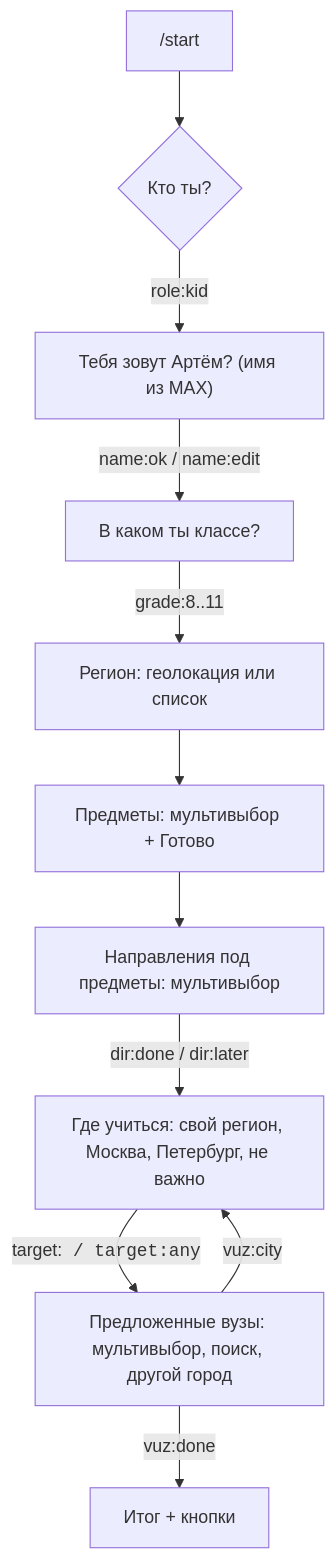
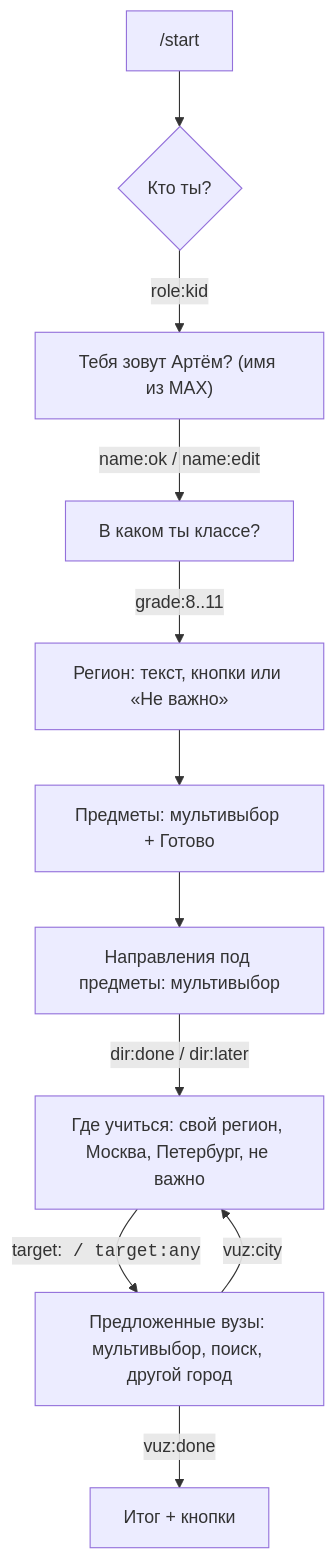
One commit to ArthurBabkin/max-hackathon changed the first of 3 diagrams in docs/TZ.md. Above: the diagram before and after it, drawn with Mermaid. The commit also changed other lines of this file and 23 other files, not shown here.

First line of the commit message:
fix(bot): регион «Не важно» вместо неработающей кнопки геолокации

````diff
--- a/docs/TZ.md
+++ b/docs/TZ.md
@@ -318,13 +318,13 @@
 ```mermaid
 flowchart TD
   S["/start"] --> R{"Кто ты?"}
   R -->|"role:kid"| N["Тебя зовут Артём? (имя из MAX)"]
   N -->|"name:ok / name:edit"| C["В каком ты классе?"]
-  C -->|"grade:8..11"| G["Регион: геолокация или список"]
+  C -->|"grade:8..11"| G["Регион: текст, кнопки или «Не важно»"]
   G --> P["Предметы: мультивыбор + Готово"]
   P --> D["Направления под предметы: мультивыбор"]
   D -->|"dir:done / dir:later"| T["Где учиться: свой регион, Москва, Петербург, не важно"]
   T -->|"target:<code> / target:any"| V["Предложенные вузы: мультивыбор, поиск, другой город"]
   V -->|"vuz:city"| T
   V -->|"vuz:done"| RES["Итог + кнопки"]
 ```
````
